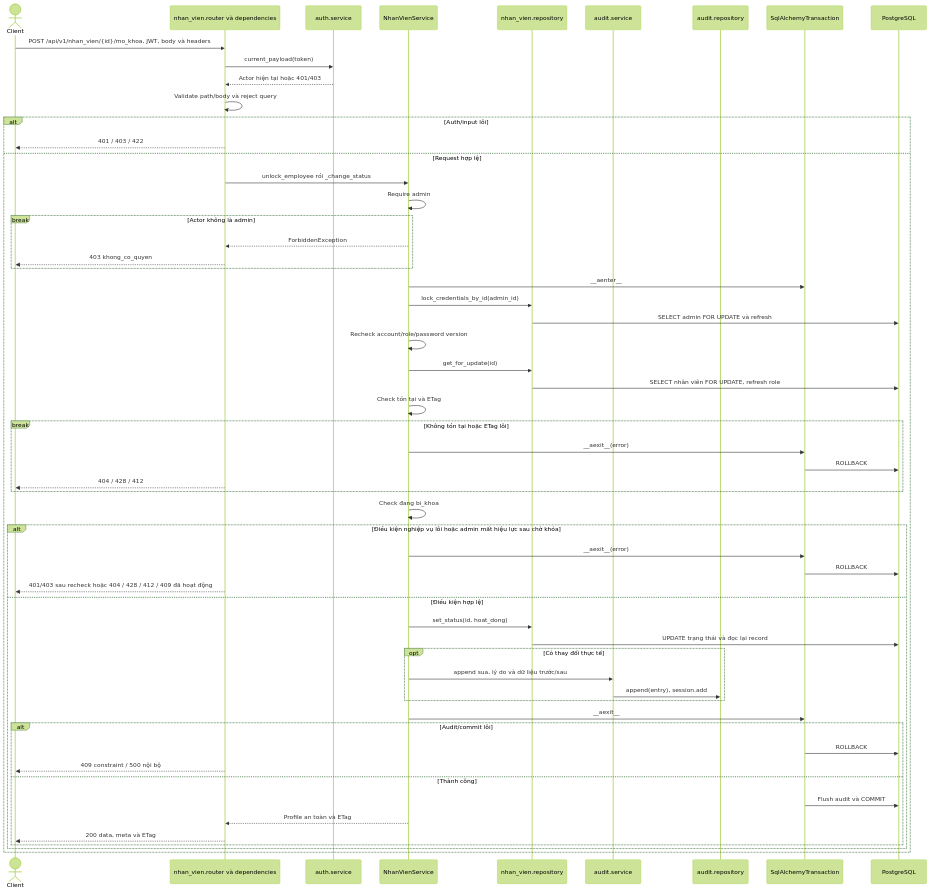
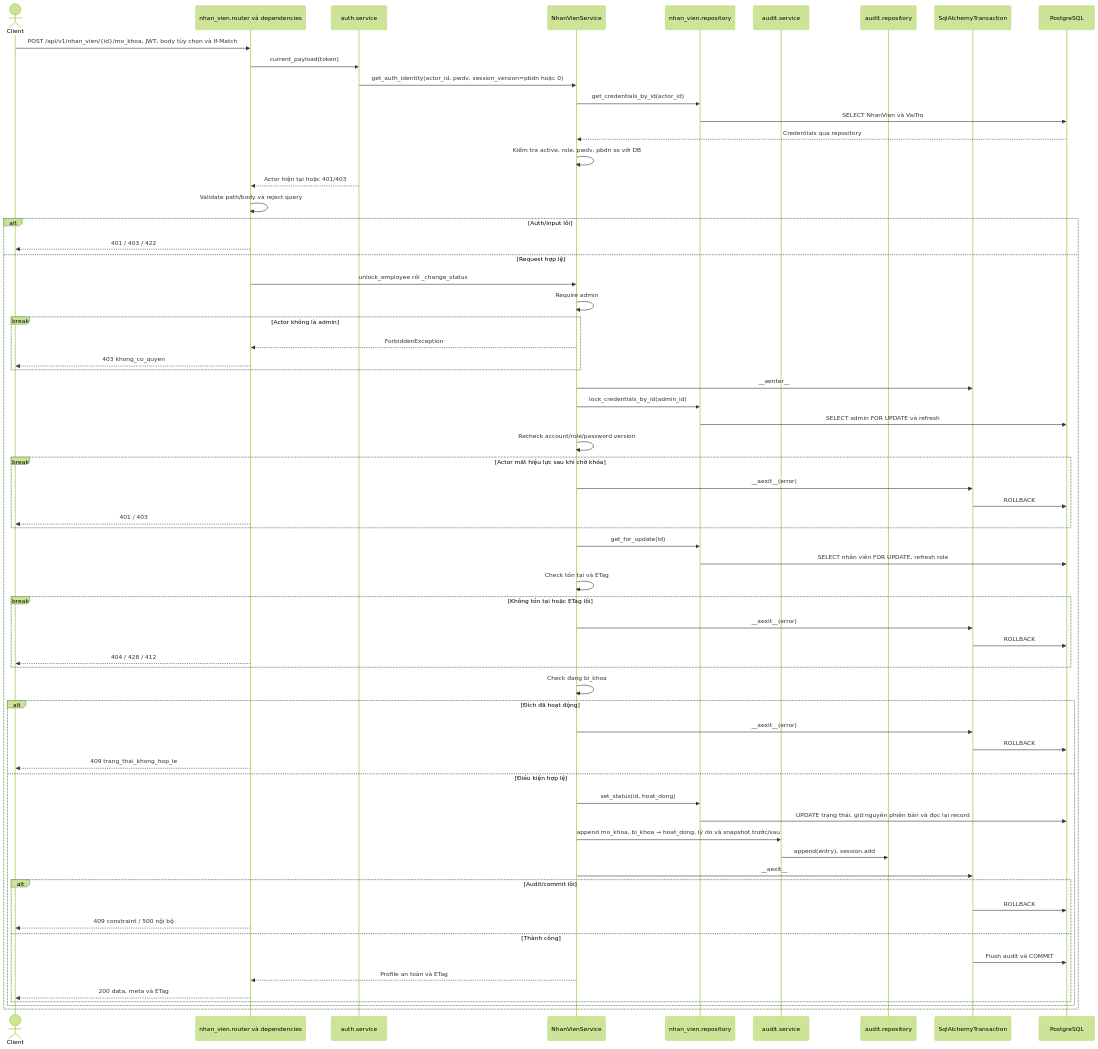
Before and after one commit to thanhklt/xbike-mrp-system: the seventh of 9 diagrams in docs/sequence/nhan_vien.md, drawn with Mermaid (forest theme). The commit also changed other lines of this file and 14 other files, not shown here.

First line of the commit message:
feat(UC-06): mở khóa tài khoản, lý do tùy chọn và vô hiệu phiên cũ bằng phiên bản đăng nhập

````diff
--- a/docs/sequence/nhan_vien.md
+++ b/docs/sequence/nhan_vien.md
@@ -467,60 +471,68 @@
 ```mermaid
 sequenceDiagram
     actor C as Client
     participant R as nhan_vien.router và dependencies
     participant A as auth.service
     participant N as NhanVienService
     participant P as nhan_vien.repository
     participant AU as audit.service
     participant AR as audit.repository
     participant T as SqlAlchemyTransaction
     participant DB as PostgreSQL
-    C->>R: POST /api/v1/nhan_vien/{id}/mo_khoa, JWT, body và headers
+    C->>R: POST /api/v1/nhan_vien/{id}/mo_khoa, JWT, body tùy chọn và If-Match
     R->>A: current_payload(token)
+    A->>N: get_auth_identity(actor_id, pwdv, session_version=pbdn hoặc 0)
+    N->>P: get_credentials_by_id(actor_id)
+    P->>DB: SELECT NhanVien và VaiTro
+    DB-->>N: Credentials qua repository
+    N->>N: Kiểm tra active, role, pwdv, pbdn so với DB
     A-->>R: Actor hiện tại hoặc 401/403
     R->>R: Validate path/body và reject query
     alt Auth/input lỗi
         R-->>C: 401 / 403 / 422
     else Request hợp lệ
         R->>N: unlock_employee rồi _change_status
         N->>N: Require admin
         break Actor không là admin
             N-->>R: ForbiddenException
             R-->>C: 403 khong_co_quyen
         end
         N->>T: __aenter__
         N->>P: lock_credentials_by_id(admin_id)
         P->>DB: SELECT admin FOR UPDATE và refresh
         N->>N: Recheck account/role/password version
+        break Actor mất hiệu lực sau khi chờ khóa
+            N->>T: __aexit__(error)
+            T->>DB: ROLLBACK
+            R-->>C: 401 / 403
+        end
         N->>P: get_for_update(id)
         P->>DB: SELECT nhân viên FOR UPDATE, refresh role
         N->>N: Check tồn tại và ETag
         break Không tồn tại hoặc ETag lỗi
             N->>T: __aexit__(error)
             T->>DB: ROLLBACK
             R-->>C: 404 / 428 / 412
         end
         N->>N: Check đang bi_khoa
-        alt Điều kiện nghiệp vụ lỗi hoặc admin mất hiệu lực sau chờ khóa
+        alt Đích đã hoạt động
             N->>T: __aexit__(error)
             T->>DB: ROLLBACK
-            R-->>C: 401/403 sau recheck hoặc 404 / 428 / 412 / 409 đã hoạt động
+            R-->>C: 409 trang_thai_khong_hop_le
         else Điều kiện hợp lệ
             N->>P: set_status(id, hoat_dong)
-            P->>DB: UPDATE trạng thái và đọc lại record
-            opt Có thay đổi thực tế
-                N->>AU: append sua, lý do và dữ liệu trước/sau
-                AU->>AR: append(entry), session.add
-            end
+            P->>DB: UPDATE trạng thái, giữ nguyên phiên bản và đọc lại record
+            N->>AU: append mo_khoa, bi_khoa → hoat_dong, lý do và snapshot trước/sau
+            AU->>AR: append(entry), session.add
             N->>T: __aexit__
             alt Audit/commit lỗi
                 T->>DB: ROLLBACK
                 R-->>C: 409 constraint / 500 nội bộ
             else Thành công
                 T->>DB: Flush audit và COMMIT
                 N-->>R: Profile an toàn và ETag
                 R-->>C: 200 data, meta và ETag
             end
         end
     end
 ```
````
